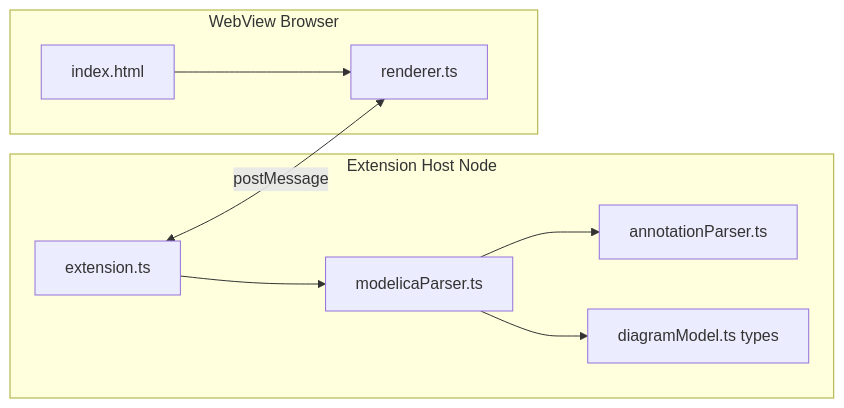
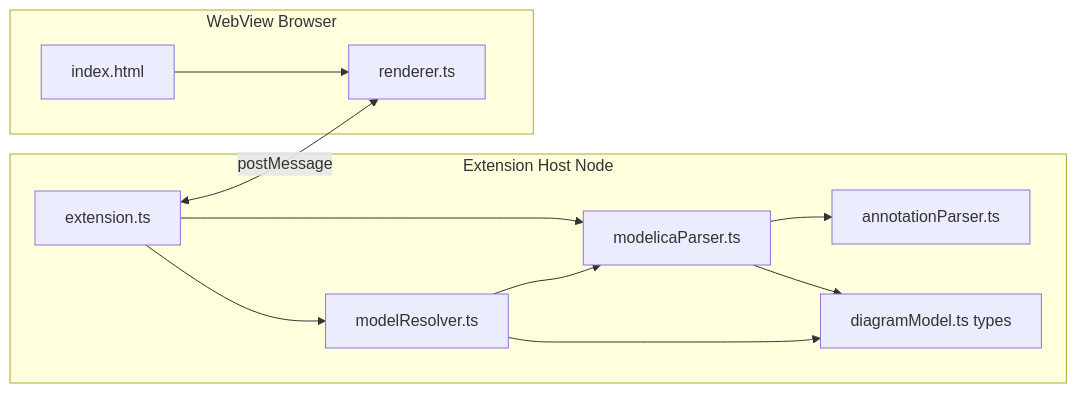
The diagram in docs/TECHNICAL.md (Thirra-Fang/modelica-preview), drawn with Mermaid before and after one commit. The commit also changed other lines of this file and 13 other files, not shown here.

First line of the commit message:
feat: 增强工作区模型解析和图标替换功能

````diff
--- a/docs/TECHNICAL.md
+++ b/docs/TECHNICAL.md
@@ -23,18 +23,22 @@
 ```mermaid
 flowchart LR
   subgraph host [Extension Host Node]
     EXT[extension.ts]
     PARSE[modelicaParser.ts]
+    RESOLVE[modelResolver.ts]
     ANN[annotationParser.ts]
     MODEL[diagramModel.ts types]
     EXT --> PARSE
+    EXT --> RESOLVE
+    RESOLVE --> PARSE
     PARSE --> ANN
     PARSE --> MODEL
+    RESOLVE --> MODEL
   end
   subgraph webview [WebView Browser]
     HTML[index.html]
     REN[renderer.ts]
     HTML --> REN
   end
   EXT <-->|postMessage| REN
 ```
````
